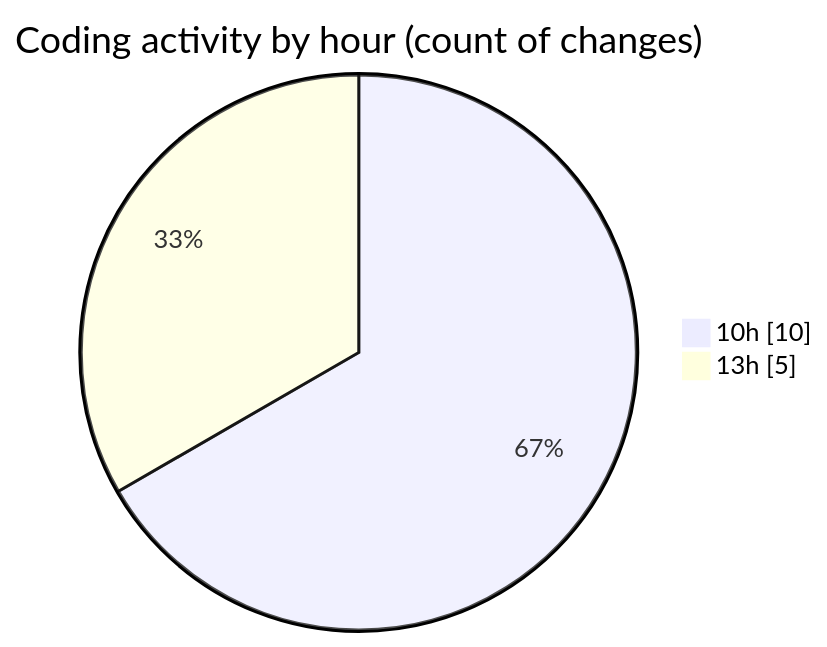
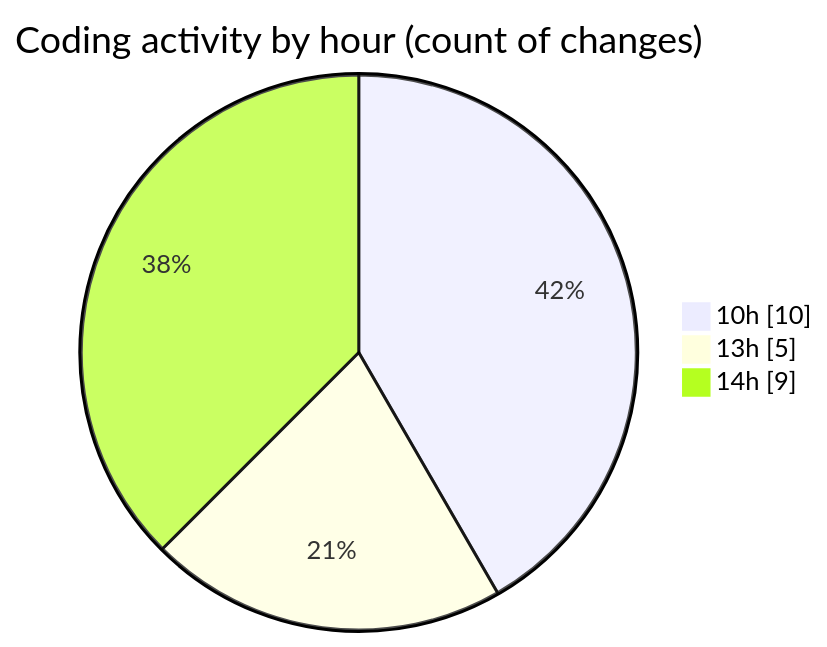
One commit to nxtqubesakshisongat/code-tracking changed the second of 2 diagrams in 2025-07-30/nxtqube_webapp/README.md. Above: the diagram before and after it, drawn with Mermaid. The commit also changed other lines of this file and 1 other file, not shown here.

````diff
--- a/2025-07-30/nxtqube_webapp/README.md
+++ b/2025-07-30/nxtqube_webapp/README.md
@@ -31,6 +31,7 @@
 ```mermaid
 pie showData
 title Coding activity by hour (count of changes)
 "10h" : 10
 "13h" : 5
+"14h" : 9
 ```
````
